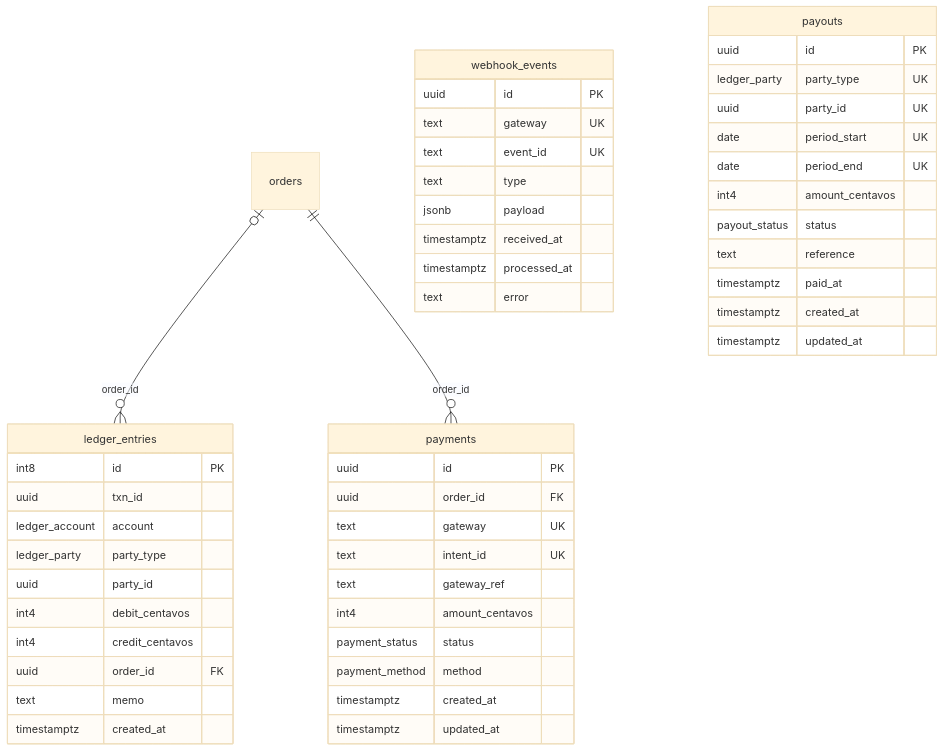
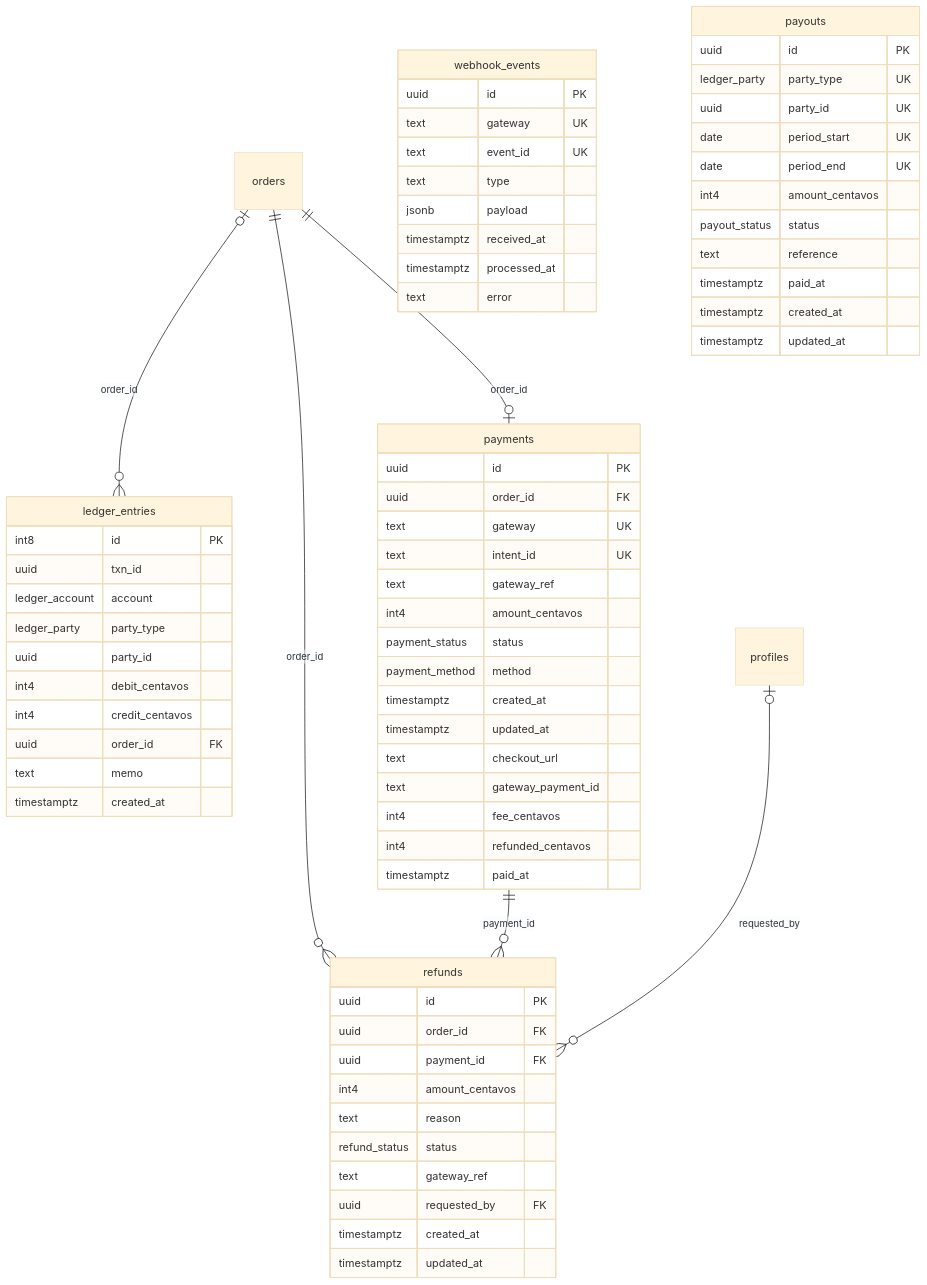
Before and after one commit to Klik-Go/delivery-services: the fifth of 6 diagrams in docs/ERD.md, drawn with Mermaid (base theme). The commit also changed other lines of this file and 71 other files, not shown here.

First line of the commit message:
Phase 5 (wip): checkout, orders, PayMongo webhooks, ledger and refunds

````diff
--- a/docs/ERD.md
+++ b/docs/ERD.md
@@ -384,52 +388,72 @@
 ```mermaid
 erDiagram
   orders |o--o{ ledger_entries : "order_id"
-  orders ||--o{ payments : "order_id"
+  orders ||--o| payments : "order_id"
+  orders ||--o{ refunds : "order_id"
+  payments ||--o{ refunds : "payment_id"
+  profiles |o--o{ refunds : "requested_by"
   payments {
     uuid id PK
     uuid order_id FK
     text gateway UK
     text intent_id UK
     text gateway_ref
     int4 amount_centavos
     payment_status status
     payment_method method
+    timestamptz created_at
+    timestamptz updated_at
+    text checkout_url
+    text gateway_payment_id
+    int4 fee_centavos
+    int4 refunded_centavos
+    timestamptz paid_at
+  }
+  refunds {
+    uuid id PK
+    uuid order_id FK
+    uuid payment_id FK
+    int4 amount_centavos
+    text reason
+    refund_status status
+    text gateway_ref
+    uuid requested_by FK
     timestamptz created_at
     timestamptz updated_at
   }
   webhook_events {
     uuid id PK
     text gateway UK
     text event_id UK
     text type
     jsonb payload
     timestamptz received_at
     timestamptz processed_at
     text error
   }
   ledger_entries {
     int8 id PK
     uuid txn_id
     ledger_account account
     ledger_party party_type
     uuid party_id
     int4 debit_centavos
     int4 credit_centavos
     uuid order_id FK
     text memo
     timestamptz created_at
   }
   payouts {
     uuid id PK
     ledger_party party_type UK
     uuid party_id UK
     date period_start UK
     date period_end UK
     int4 amount_centavos
     payout_status status
     text reference
     timestamptz paid_at
     timestamptz created_at
     timestamptz updated_at
   }
 ```
````
